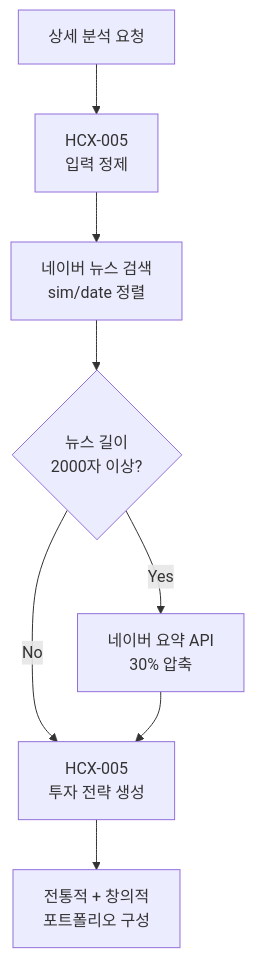
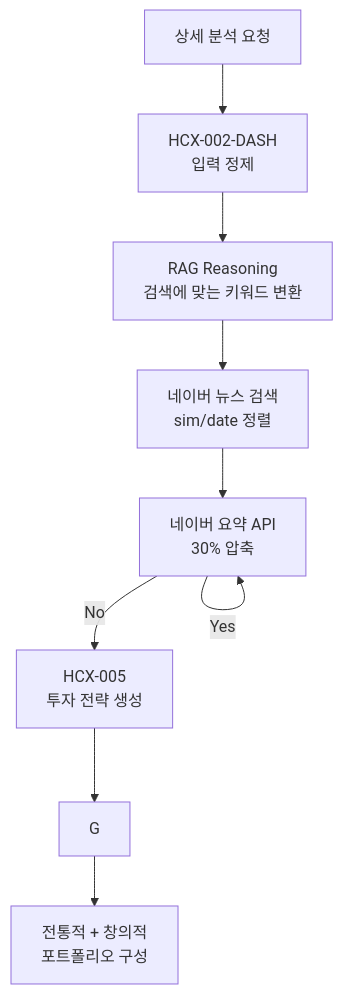
One commit to Plokies-2/AIfestival changed the second of 4 diagrams in README.md. Above: the diagram before and after it, drawn with Mermaid. The commit also changed other lines of this file and 8 other files, not shown here.

````diff
--- a/README.md
+++ b/README.md
@@ -148,10 +148,11 @@
 ```mermaid
 graph TD
-    A[상세 분석 요청] --> B[HCX-005<br/>입력 정제]
-    B --> C[네이버 뉴스 검색<br/>sim/date 정렬]
-    C --> D{뉴스 길이<br/>2000자 이상?}
-    D -->|Yes| E[네이버 요약 API<br/>30% 압축]
-    D -->|No| F[HCX-005<br/>투자 전략 생성]
-    E --> F
-    F --> G[전통적 + 창의적<br/>포트폴리오 구성]
+    A[상세 분석 요청] --> B[HCX-002-DASH<br/>입력 정제]
+    B --> C[RAG Reasoning<br/>검색에 맞는 키워드 변환]
+    C --> D[네이버 뉴스 검색<br/>sim/date 정렬]
+    D --> E{뉴스 길이<br/>2000자 이상?}
+    E -->|Yes| E[네이버 요약 API<br/>30% 압축]
+    E -->|No| F[HCX-005<br/>투자 전략 생성]
+    F --> G
+    G --> H[전통적 + 창의적<br/>포트폴리오 구성]
 ```
````
